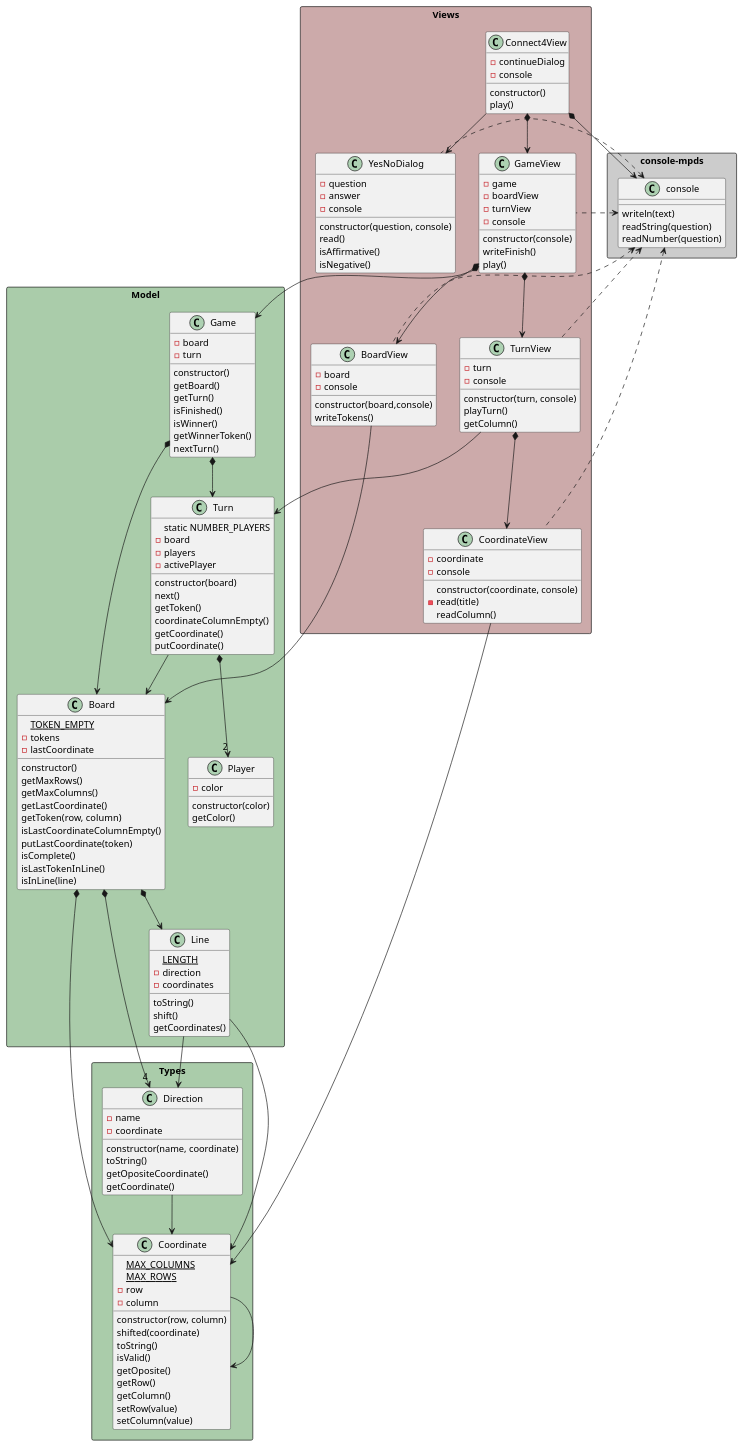
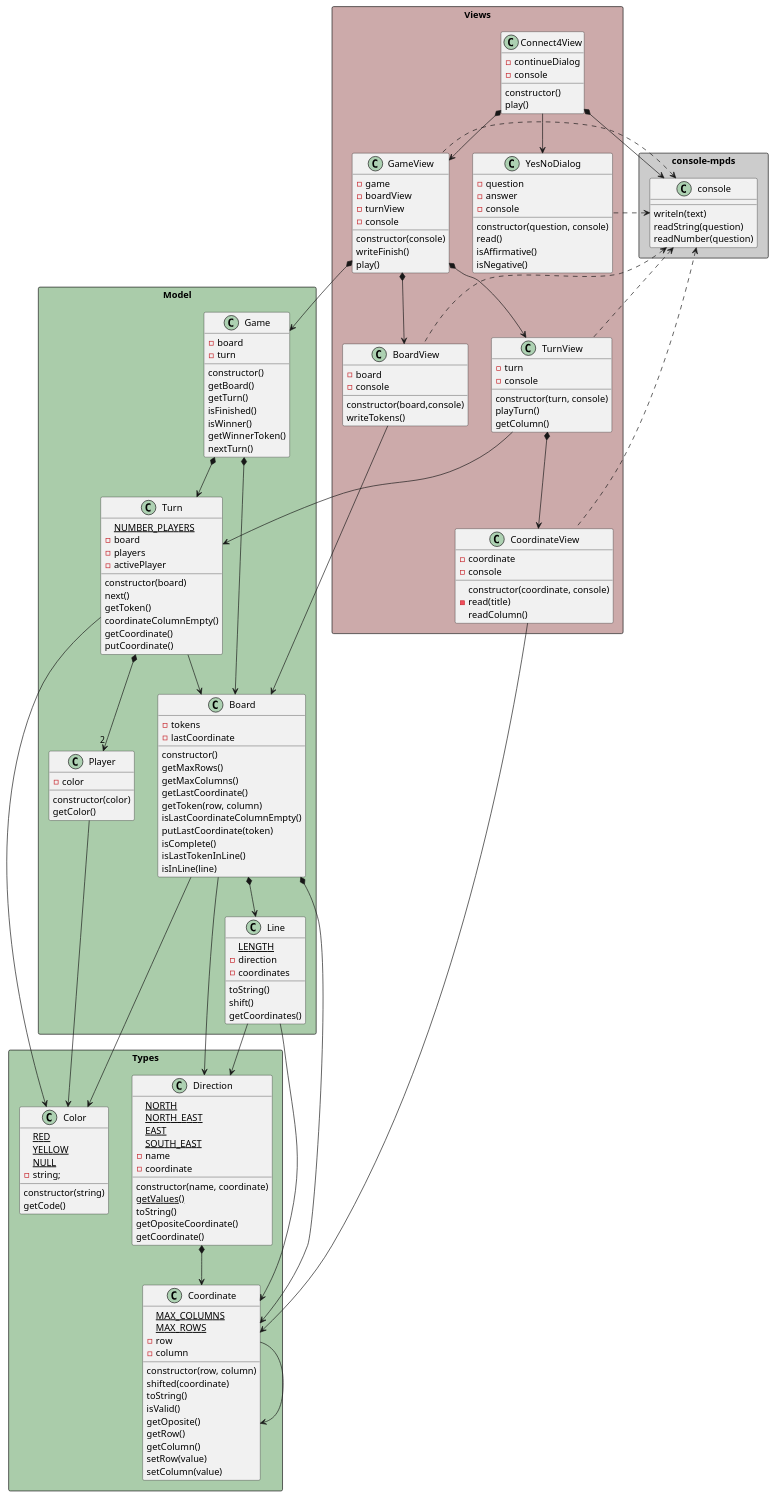
Before and after one commit to mpaulaherrero/escuelaIT: the diagram in game-connect4/docs/diagrams/objectOriented/classNotation/class diagram.plantuml, drawn with PlantUML. The commit also changed 3 other files, not shown here.

```diff
--- a/game-connect4/docs/diagrams/objectOriented/classNotation/class diagram.plantuml
+++ b/game-connect4/docs/diagrams/objectOriented/classNotation/class diagram.plantuml
@@ -26,19 +26,32 @@
     }
 
     class Direction {
+        {static} NORTH
+        {static} NORTH_EAST
+        {static} EAST
+        {static} SOUTH_EAST
         -name
         -coordinate
         constructor(name, coordinate)
+        {static} getValues()
         toString()
         getOpositeCoordinate()
         getCoordinate()
     }
+
+    class Color {
+        {static} RED
+        {static} YELLOW
+        {static} NULL
+        -string;
+        constructor(string) 
+        getCode()
+    }    
 }    
 
 package "Model" <<Rectangle>> #aca {
 
     class Board {
-        {static} TOKEN_EMPTY
         -tokens
         -lastCoordinate
         constructor()
@@ -81,7 +94,7 @@
     }
 
     class Turn{
-        static NUMBER_PLAYERS
+        {static} NUMBER_PLAYERS
         -board
         -players
         -activePlayer
@@ -150,17 +163,21 @@
 
 Coordinate -> Coordinate
 
-Direction -down-> Coordinate
+Direction *-down-> Coordinate
 
 Line -down-> Coordinate
 Line -down-> Direction
 
 Board *-down-> Coordinate
-Board *-down-> "4" Direction
+Board -down-> Direction
 Board *-down-> Line
+Board -down-> Color
+
+Player -down-> Color
 
 Turn *-down-> "2" Player
 Turn -down-> Board
+Turn -down-> Color
 
 Game *-down-> Board
 Game *-down-> Turn
```
